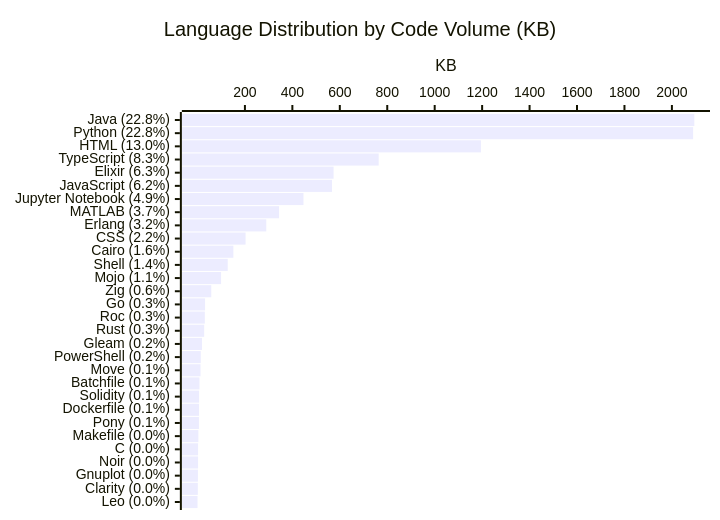
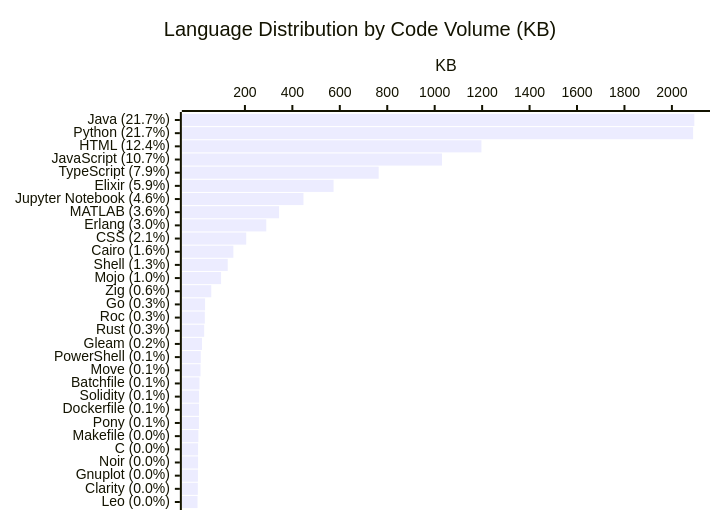
Before and after one commit to KathiraveluLab/.github: the diagram in profile/README.md, drawn with Mermaid. The commit also changed other lines of this file and 1 other file, not shown here.

````diff
--- a/profile/README.md
+++ b/profile/README.md
@@ -74,7 +74,7 @@
 ```mermaid
 xychart-beta horizontal
     title "Language Distribution by Code Volume (KB)"
-    x-axis ["Java (22.8%)", "Python (22.8%)", "HTML (13.0%)", "TypeScript (8.3%)", "Elixir (6.3%)", "JavaScript (6.2%)", "Jupyter Notebook (4.9%)", "MATLAB (3.7%)", "Erlang (3.2%)", "CSS (2.2%)", "Cairo (1.6%)", "Shell (1.4%)", "Mojo (1.1%)", "Zig (0.6%)", "Go (0.3%)", "Roc (0.3%)", "Rust (0.3%)", "Gleam (0.2%)", "PowerShell (0.2%)", "Move (0.1%)", "Batchfile (0.1%)", "Solidity (0.1%)", "Dockerfile (0.1%)", "Pony (0.1%)", "Makefile (0.0%)", "C (0.0%)", "Noir (0.0%)", "Gnuplot (0.0%)", "Clarity (0.0%)", "Leo (0.0%)"]
+    x-axis ["Java (21.7%)", "Python (21.7%)", "HTML (12.4%)", "JavaScript (10.7%)", "TypeScript (7.9%)", "Elixir (5.9%)", "Jupyter Notebook (4.6%)", "MATLAB (3.6%)", "Erlang (3.0%)", "CSS (2.1%)", "Cairo (1.6%)", "Shell (1.3%)", "Mojo (1.0%)", "Zig (0.6%)", "Go (0.3%)", "Roc (0.3%)", "Rust (0.3%)", "Gleam (0.2%)", "PowerShell (0.1%)", "Move (0.1%)", "Batchfile (0.1%)", "Solidity (0.1%)", "Dockerfile (0.1%)", "Pony (0.1%)", "Makefile (0.0%)", "C (0.0%)", "Noir (0.0%)", "Gnuplot (0.0%)", "Clarity (0.0%)", "Leo (0.0%)"]
     y-axis "KB"
-    bar [2094.5, 2089.51, 1194.81, 763.92, 573.78, 567.13, 446.91, 343.93, 289.93, 202.64, 151.31, 127.55, 99.52, 58.12, 32.03, 30.88, 28.25, 18.9, 13.91, 12.89, 8.48, 6.65, 6.34, 6.01, 3.74, 2.58, 2.46, 1.82, 1.53, 0.26]
+    bar [2094.5, 2089.51, 1197.1, 1030.75, 763.92, 573.78, 446.91, 343.93, 289.93, 205.49, 151.31, 127.55, 99.52, 58.12, 32.03, 30.88, 28.25, 18.9, 13.91, 12.89, 8.48, 6.65, 6.34, 6.01, 3.74, 2.58, 2.46, 1.82, 1.53, 0.26]
 ```
````
